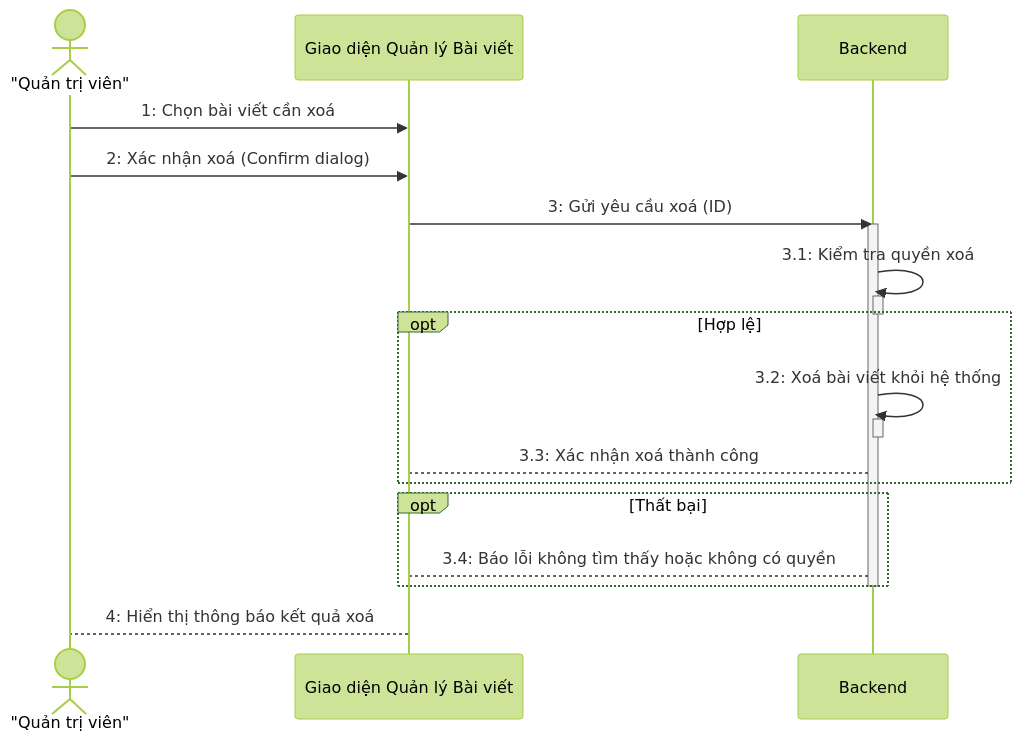
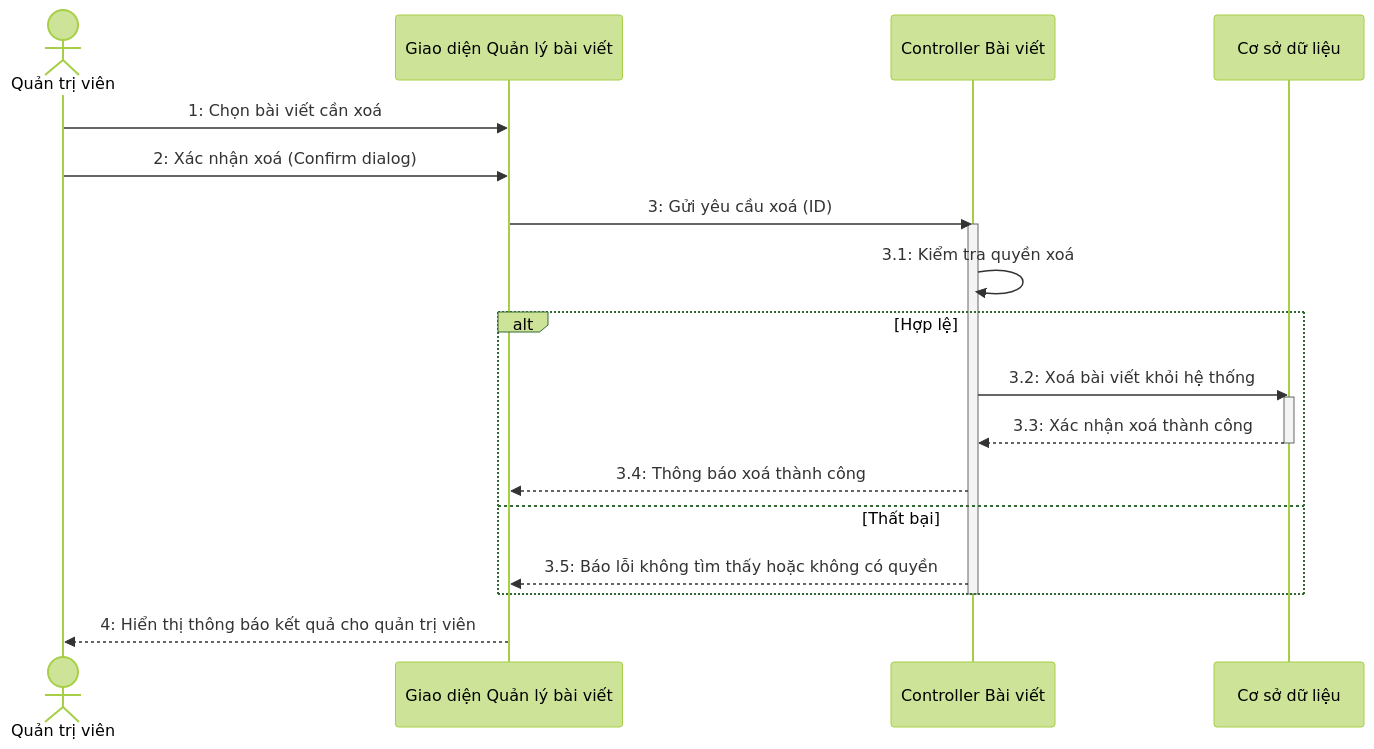
One commit to Trangkmt/lcd-website changed the fourth of 12 diagrams in docs/Sequence_Diagrams.md. Above: the diagram before and after it, drawn with Mermaid (forest theme). The commit also changed other lines of this file and 47 other files, not shown here.

````diff
--- a/docs/Sequence_Diagrams.md
+++ b/docs/Sequence_Diagrams.md
@@ -95,29 +146,27 @@
 ```mermaid
 sequenceDiagram
-    actor A as "Quản trị viên"
-    participant B as Giao diện Quản lý Bài viết
-    participant BE as Backend
+    actor A as Quản trị viên
+    participant G as Giao diện Quản lý bài viết
+    participant C as Controller Bài viết
+    participant D as Cơ sở dữ liệu
     
-    A->>B: 1: Chọn bài viết cần xoá
-    A->>B: 2: Xác nhận xoá (Confirm dialog)
+    A->>G: 1: Chọn bài viết cần xoá
+    A->>G: 2: Xác nhận xoá (Confirm dialog)
     
-    B->>BE: 3: Gửi yêu cầu xoá (ID)
-    activate BE
-    BE->>BE: 3.1: Kiểm tra quyền xoá
-    activate BE
-    deactivate BE
+    G->>C: 3: Gửi yêu cầu xoá (ID)
+    activate C
+    C->>C: 3.1: Kiểm tra quyền xoá
     
-    opt Hợp lệ
-        BE->>BE: 3.2: Xoá bài viết khỏi hệ thống
-        activate BE
-        deactivate BE
-        BE-->B: 3.3: Xác nhận xoá thành công
+    alt Hợp lệ
+        C->>D: 3.2: Xoá bài viết khỏi hệ thống
+        activate D
+        D-->>C: 3.3: Xác nhận xoá thành công
+        deactivate D
+        C-->>G: 3.4: Thông báo xoá thành công
+    else Thất bại
+        C-->>G: 3.5: Báo lỗi không tìm thấy hoặc không có quyền
     end
+    deactivate C
     
-    opt Thất bại
-        BE-->B: 3.4: Báo lỗi không tìm thấy hoặc không có quyền
-    end
-    deactivate BE
-    
-    B-->A: 4: Hiển thị thông báo kết quả xoá
+    G-->>A: 4: Hiển thị thông báo kết quả cho quản trị viên
 ```
````
